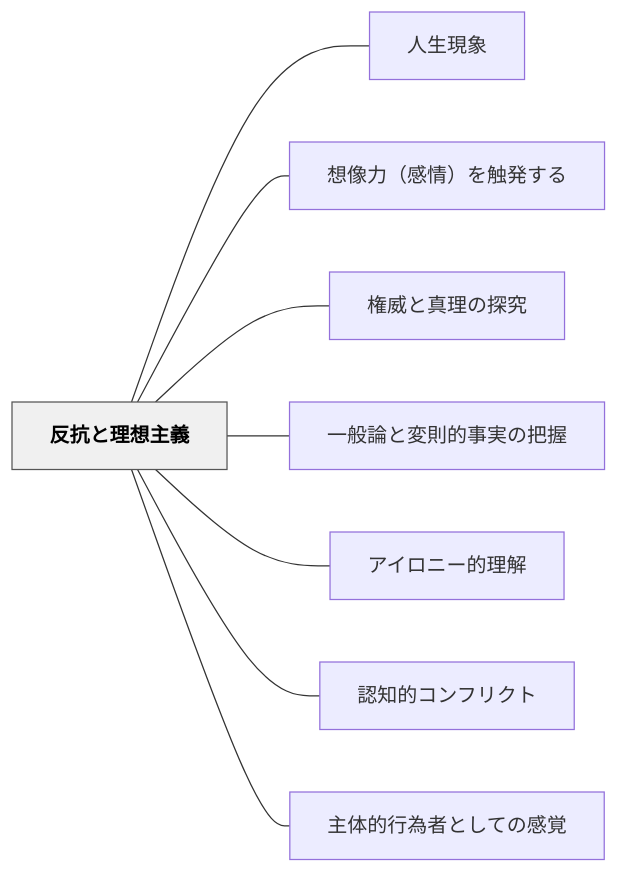
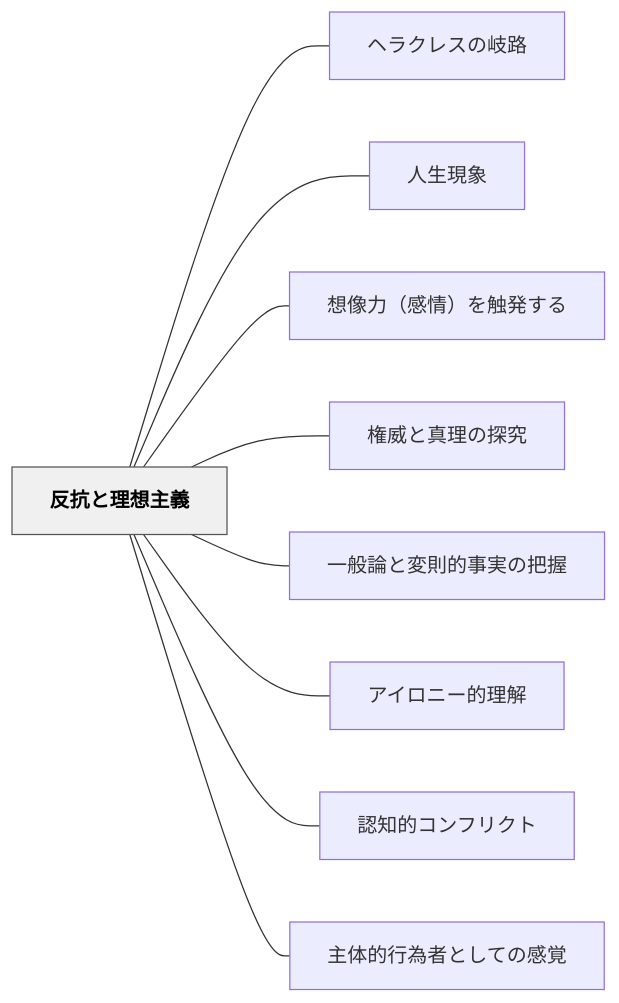
The diagram in content/パタン/反抗と理想主義.md (unknownthings-ed-patterns/unknownthings-ed-patterns), drawn with Mermaid before and after one commit. The commit also changed other lines of this file and 19 other files, not shown here.

````diff
--- a/content/パタン/反抗と理想主義.md
+++ b/content/パタン/反抗と理想主義.md
@@ -50,22 +51,24 @@
 ```mermaid
 flowchart LR
     ne58f8de68a97e381a8e79086e683b3e4b8bbe7bea9["反抗と理想主義"]
+    ne38398e383a9e382afe383ace382b9e381aee5b290e8b7af["ヘラクレスの岐路"]
     ne4babae7949fe78fbee8b1a1["人生現象"]
     ne683b3e5838fe58a9befbc88e6849fe68385efbc89e38292e8a7a6e799bae38199e3828b["想像力（感情）を触発する"]
     ne6a8a9e5a881e381a8e79c9fe79086e381aee68ea2e7a9b6["権威と真理の探究"]
     ne4b880e888ace8ab96e381a8e5a489e58987e79a84e4ba8be5ae9fe381aee68a8ae68fa1["一般論と変則的事実の把握"]
     ne382a2e382a4e383ade3838be383bce79a84e79086e8a7a3["アイロニー的理解"]
     ne8aa8de79fa5e79a84e382b3e383b3e38395e383aae382afe38388["認知的コンフリクト"]
     ne4b8bbe4bd93e79a84e8a18ce782bae88085e381a8e38197e381a6e381aee6849fe8a69a["主体的行為者としての感覚"]
 
+    ne58f8de68a97e381a8e79086e683b3e4b8bbe7bea9 --- ne38398e383a9e382afe383ace382b9e381aee5b290e8b7af
     ne58f8de68a97e381a8e79086e683b3e4b8bbe7bea9 --- ne4babae7949fe78fbee8b1a1
     ne58f8de68a97e381a8e79086e683b3e4b8bbe7bea9 --- ne683b3e5838fe58a9befbc88e6849fe68385efbc89e38292e8a7a6e799bae38199e3828b
     ne58f8de68a97e381a8e79086e683b3e4b8bbe7bea9 --- ne6a8a9e5a881e381a8e79c9fe79086e381aee68ea2e7a9b6
     ne58f8de68a97e381a8e79086e683b3e4b8bbe7bea9 --- ne4b880e888ace8ab96e381a8e5a489e58987e79a84e4ba8be5ae9fe381aee68a8ae68fa1
     ne58f8de68a97e381a8e79086e683b3e4b8bbe7bea9 --- ne382a2e382a4e383ade3838be383bce79a84e79086e8a7a3
     ne58f8de68a97e381a8e79086e683b3e4b8bbe7bea9 --- ne8aa8de79fa5e79a84e382b3e383b3e38395e383aae382afe38388
     ne58f8de68a97e381a8e79086e683b3e4b8bbe7bea9 --- ne4b8bbe4bd93e79a84e8a18ce782bae88085e381a8e38197e381a6e381aee6849fe8a69a
 
     classDef hub fill:#f0f0f0,stroke:#555,color:#000,font-weight:bold
     class ne58f8de68a97e381a8e79086e683b3e4b8bbe7bea9 hub
 ```
````
